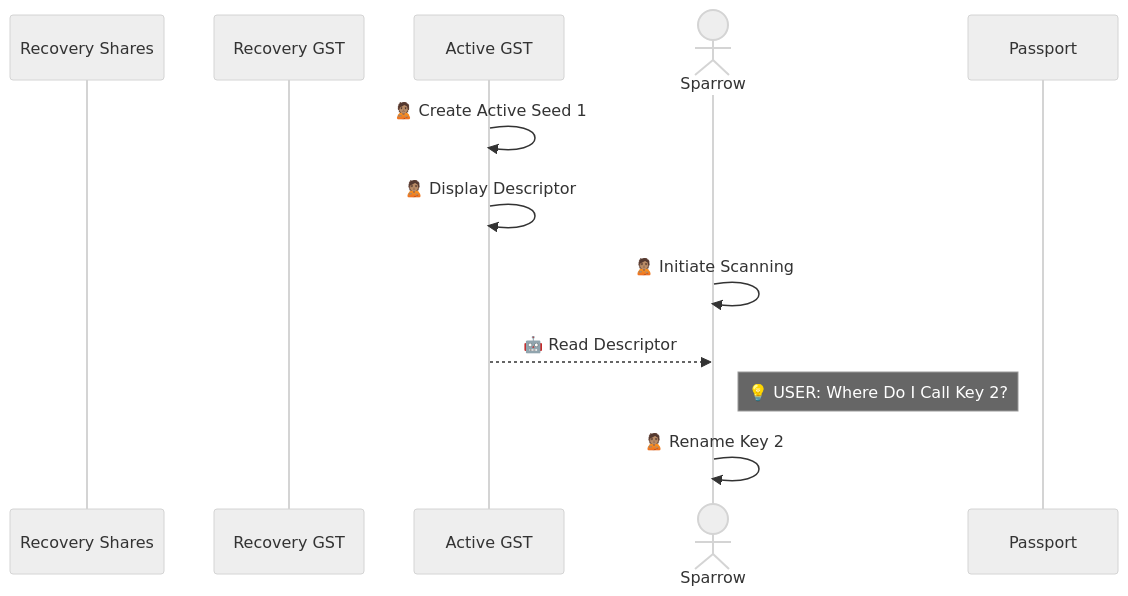
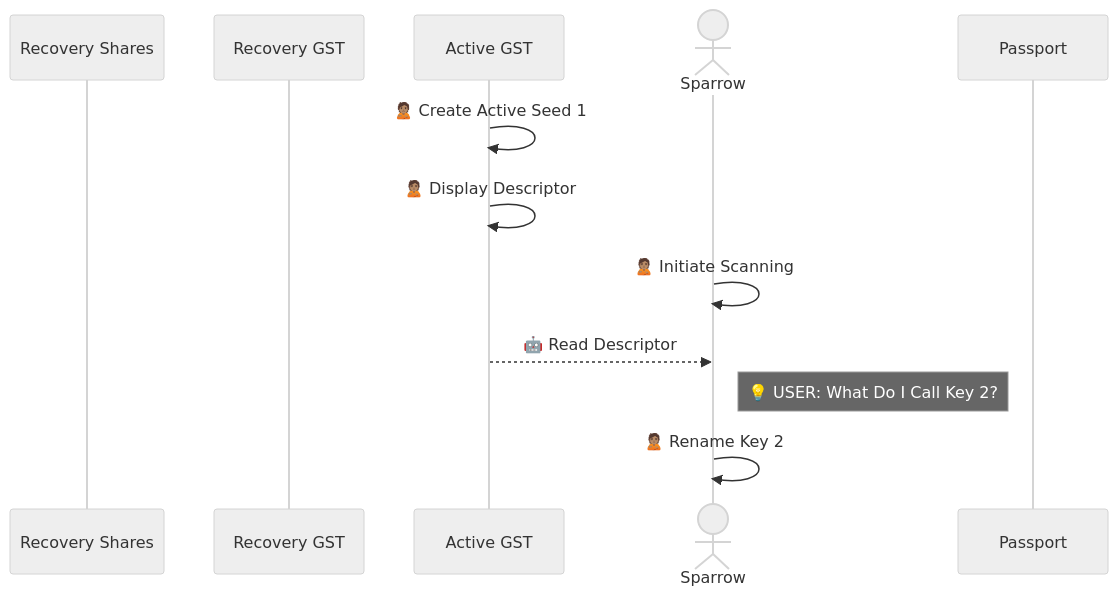
One commit to BlockchainCommons/SmartCustody changed the third of 12 diagrams in Docs/Scenario-Multisig-RR.md. Above: the diagram before and after it, drawn with Mermaid (neutral theme). The commit also changed other lines of this file, not shown here.

````diff
--- a/Docs/Scenario-Multisig-RR.md
+++ b/Docs/Scenario-Multisig-RR.md
@@ -73,15 +73,15 @@
 ```mermaid
 sequenceDiagram
 participant Rs as Recovery Shares
 participant R as Recovery GST
 participant S1 as Active GST
 actor TC as Sparrow
 participant S2 as Passport
 
 S1->>S1: 🙎🏽 Create Active Seed 1
 S1->>S1: 🙎🏽 Display Descriptor
 TC->>TC: 🙎🏽 Initiate Scanning
 S1-->>TC: 🤖 Read Descriptor
-note right of TC: 💡 USER: Where Do I Call Key 2?
+note right of TC: 💡 USER: What Do I Call Key 2?
 TC->>TC: 🙎🏽 Rename Key 2
 ```
````
